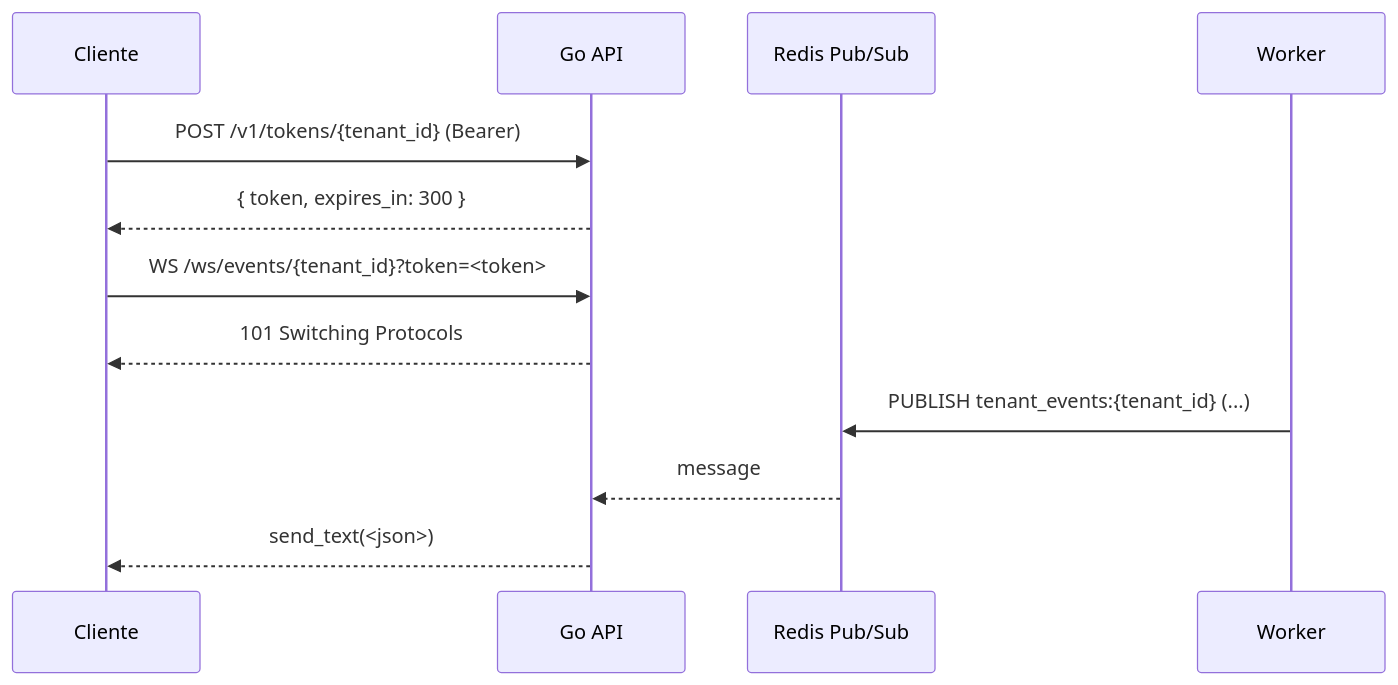
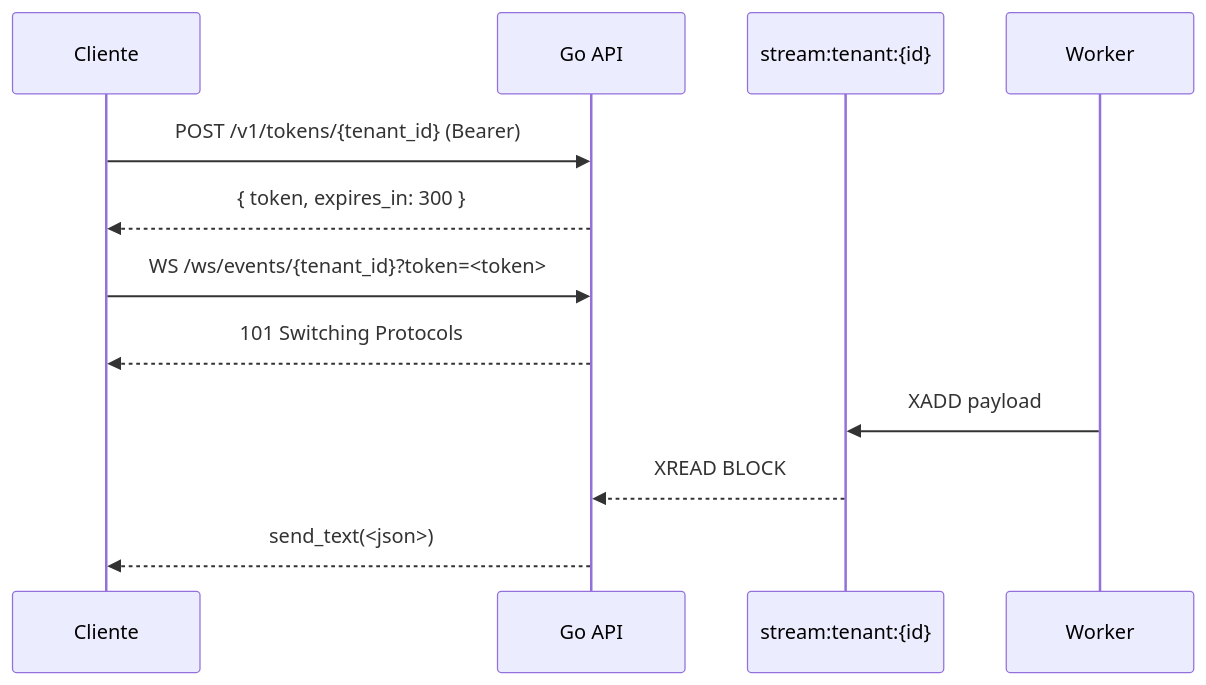
Before and after one commit to gbiumdonadon/easyhooks: the diagram in docs/docs/websockets/conexao.md, drawn with Mermaid. The commit also changed 66 other files, not shown here.

````diff
--- a/docs/docs/websockets/conexao.md
+++ b/docs/docs/websockets/conexao.md
@@ -12,14 +12,14 @@
 ```mermaid
 sequenceDiagram
     participant C as Cliente
     participant API as Go API
-    participant R as Redis Pub/Sub
+    participant T as stream:tenant:{id}
     participant W as Worker
     C->>API: POST /v1/tokens/{tenant_id} (Bearer)
     API-->>C: { token, expires_in: 300 }
     C->>API: WS /ws/events/{tenant_id}?token=<token>
     API-->>C: 101 Switching Protocols
-    W->>R: PUBLISH tenant_events:{tenant_id} (...)
-    R-->>API: message
+    W->>T: XADD payload
+    T-->>API: XREAD BLOCK
     API-->>C: send_text(<json>)
 ```
````
